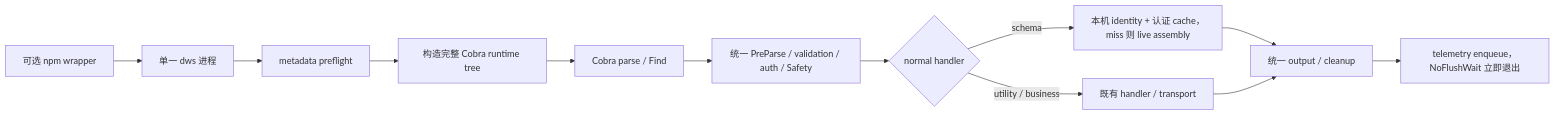
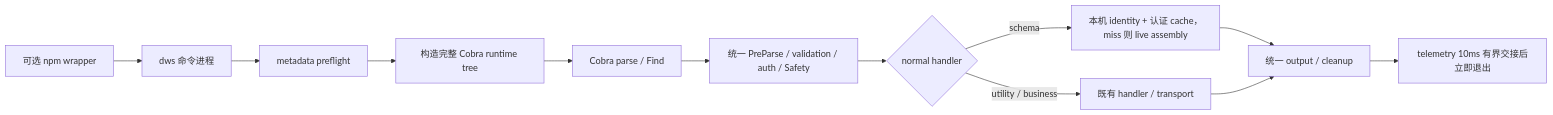
Before and after one commit to DingTalk-Real-AI/dingtalk-workspace-cli: the diagram in docs/rfc-schema-runtime-cache.md, drawn with Mermaid. The commit also changed other lines of this file, not shown here.

Commit message:
docs(rfc): align process-model, telemetry handoff, and env-override wording with the implementation

````diff
--- a/docs/rfc-schema-runtime-cache.md
+++ b/docs/rfc-schema-runtime-cache.md
@@ -25,14 +25,14 @@
 ```mermaid
 flowchart LR
-    W[可选 npm wrapper] --> D[单一 dws 进程]
+    W[可选 npm wrapper] --> D[dws 命令进程]
     D --> I[metadata preflight]
     I --> T[构造完整 Cobra runtime tree]
     T --> C[Cobra parse / Find]
     C --> P[统一 PreParse / validation / auth / Safety]
     P --> H{normal handler}
     H -->|schema| S[本机 identity + 认证 cache，miss 则 live assembly]
     H -->|utility / business| B[既有 handler / transport]
     S --> O[统一 output / cleanup]
     B --> O
-    O --> Q[telemetry enqueue，NoFlushWait 立即退出]
+    O --> Q[telemetry 10ms 有界交接后立即退出]
 ```
````
